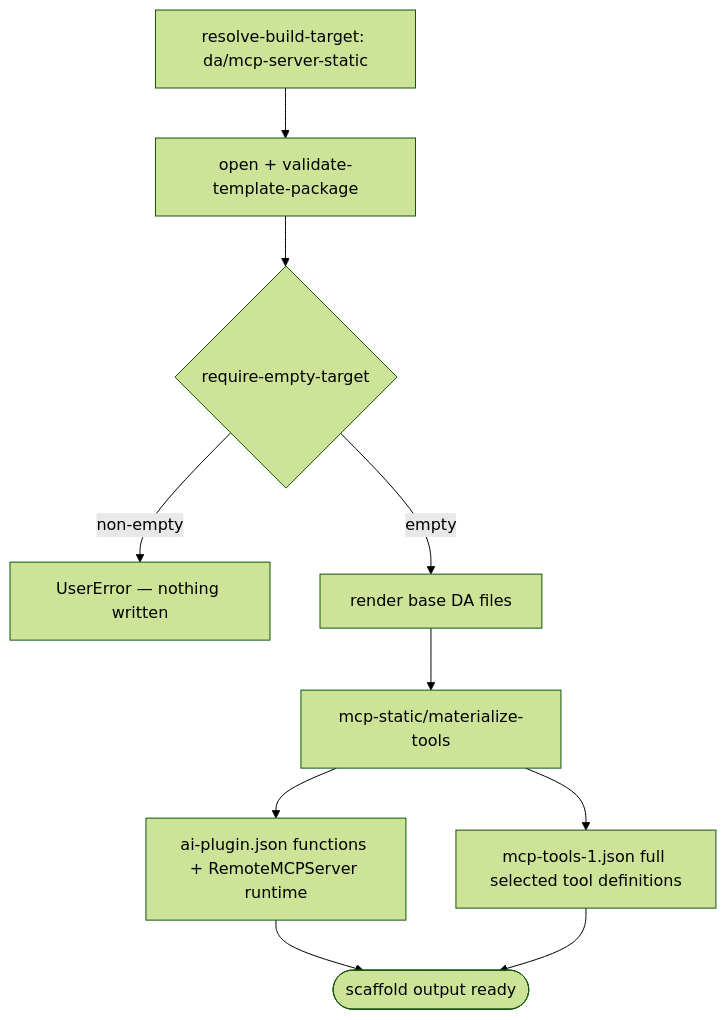
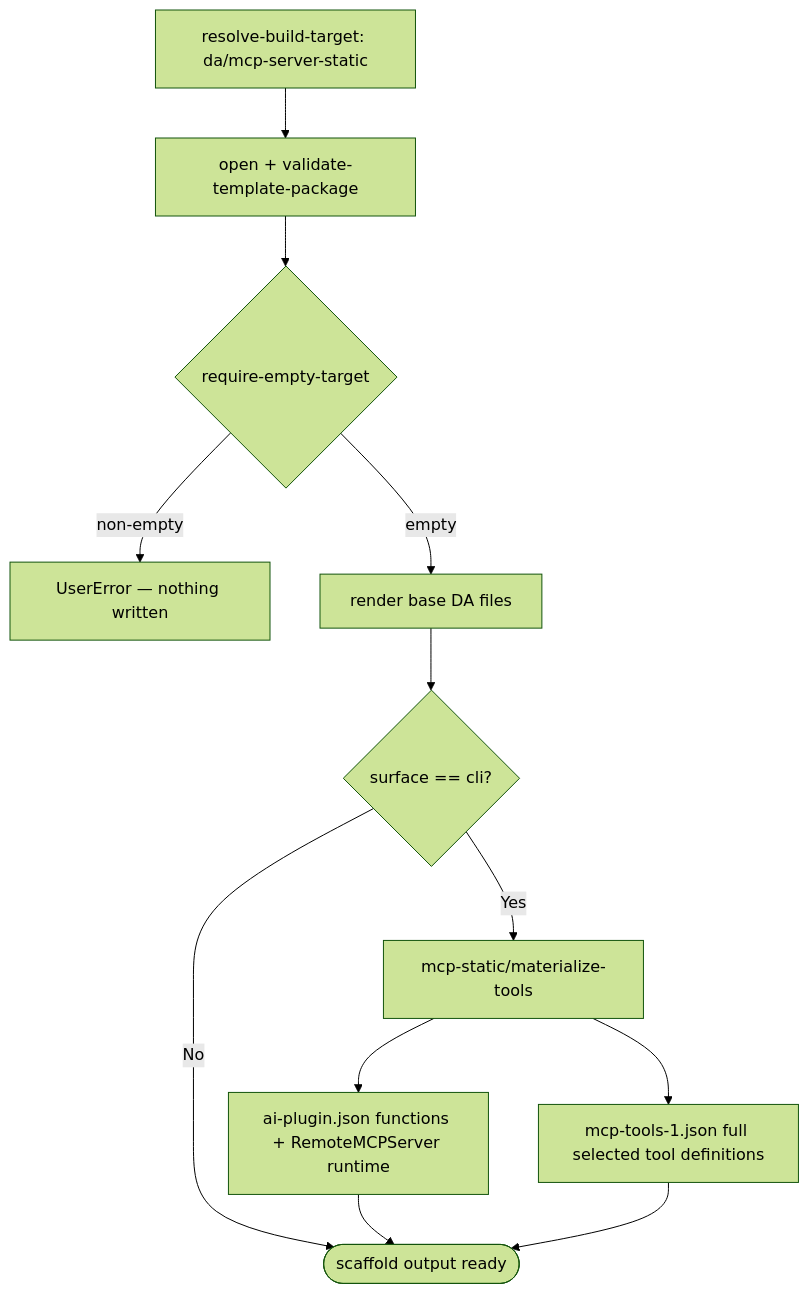
Before and after one commit to OfficeDev/microsoft-365-agents-toolkit: the diagram in docs/03-specs/scenarios/da/create-mcp-server-static.md, drawn with Mermaid (forest theme). The commit also changed other lines of this file and 52 other files, not shown here.

````diff
--- a/docs/03-specs/scenarios/da/create-mcp-server-static.md
+++ b/docs/03-specs/scenarios/da/create-mcp-server-static.md
@@ -26,12 +35,14 @@
 ```mermaid
 flowchart TD
   Sel[resolve-build-target: da/mcp-server-static] --> Open[open + validate-template-package]
   Open --> Guard{require-empty-target}
   Guard -- non-empty --> Err[UserError — nothing written]
   Guard -- empty --> Render[render base DA files]
-  Render --> Static[mcp-static/materialize-tools]
+  Render --> Surface{surface == cli?}
+  Surface -- Yes --> Static[mcp-static/materialize-tools]
+  Surface -- No --> Done
   Static --> Plugin[ai-plugin.json functions + RemoteMCPServer runtime]
   Static --> Tools[mcp-tools-1.json full selected tool definitions]
   Plugin --> Done([scaffold output ready])
   Tools --> Done
 ```
````
